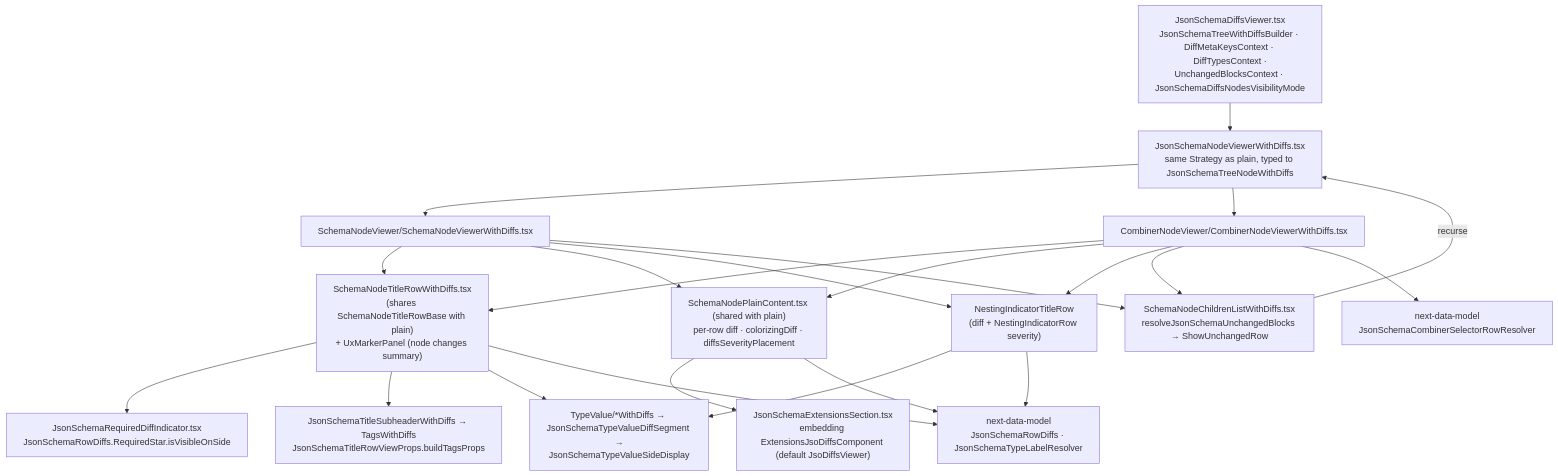
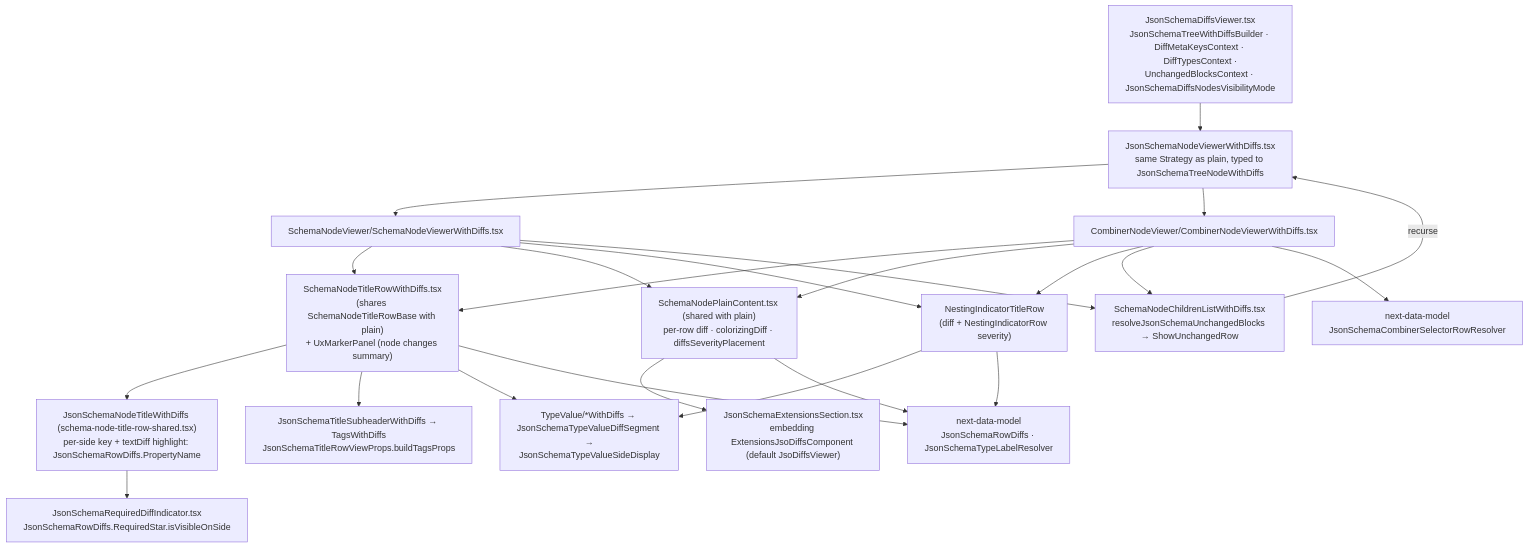
One commit to Netcracker/qubership-apihub-api-doc-viewer changed the diagram in docs/design/json-schema/architecture/viewer-with-diffs.md. Above: the diagram before and after it, drawn with Mermaid. The commit also changed 12 other files, not shown here.

Commit message:
docs(diff rename): Documenting `diff rename` for JSON Schema properties

````diff
--- a/docs/design/json-schema/architecture/viewer-with-diffs.md
+++ b/docs/design/json-schema/architecture/viewer-with-diffs.md
@@ -6,39 +6,41 @@
 ```mermaid
 flowchart TB
   RootD["JsonSchemaDiffsViewer.tsx<br/>JsonSchemaTreeWithDiffsBuilder · DiffMetaKeysContext · DiffTypesContext ·<br/>UnchangedBlocksContext · JsonSchemaDiffsNodesVisibilityMode"]
   DispatchD["JsonSchemaNodeViewerWithDiffs.tsx<br/>same Strategy as plain, typed to JsonSchemaTreeNodeWithDiffs"]
   SchemaNodeD["SchemaNodeViewer/SchemaNodeViewerWithDiffs.tsx"]
   CombinerNodeD["CombinerNodeViewer/CombinerNodeViewerWithDiffs.tsx"]
   TitleRowD["SchemaNodeTitleRowWithDiffs.tsx<br/>(shares SchemaNodeTitleRowBase with plain)<br/>+ UxMarkerPanel (node changes summary)"]
   Required["JsonSchemaRequiredDiffIndicator.tsx<br/>JsonSchemaRowDiffs.RequiredStar.isVisibleOnSide"]
+  NodeTitleD["JsonSchemaNodeTitleWithDiffs (schema-node-title-row-shared.tsx)<br/>per-side key + textDiff highlight: JsonSchemaRowDiffs.PropertyName"]
   Tags["JsonSchemaTitleSubheaderWithDiffs → TagsWithDiffs<br/>JsonSchemaTitleRowViewProps.buildTagsProps"]
   TypeValueD["TypeValue/*WithDiffs → JsonSchemaTypeValueDiffSegment →<br/>JsonSchemaTypeValueSideDisplay"]
   ContentD["SchemaNodePlainContent.tsx (shared with plain)<br/>per-row diff · colorizingDiff · diffsSeverityPlacement"]
   ChildrenList["SchemaNodeChildrenListWithDiffs.tsx<br/>resolveJsonSchemaUnchangedBlocks → ShowUnchangedRow"]
   NestingD["NestingIndicatorTitleRow<br/>(diff + NestingIndicatorRow severity)"]
   ExtensionsD["JsonSchemaExtensionsSection.tsx<br/>embedding ExtensionsJsoDiffsComponent (default JsoDiffsViewer)"]
   CombinerResolver["next-data-model<br/>JsonSchemaCombinerSelectorRowResolver"]
   RowDiffs["next-data-model<br/>JsonSchemaRowDiffs · JsonSchemaTypeLabelResolver"]
 
   RootD --> DispatchD
   DispatchD --> SchemaNodeD
   DispatchD --> CombinerNodeD
   SchemaNodeD --> TitleRowD
   SchemaNodeD --> ContentD
   SchemaNodeD --> NestingD
   SchemaNodeD --> ChildrenList
   CombinerNodeD --> TitleRowD
   CombinerNodeD --> ContentD
   CombinerNodeD --> NestingD
   CombinerNodeD --> ChildrenList
   CombinerNodeD --> CombinerResolver
   ChildrenList -->|recurse| DispatchD
-  TitleRowD --> Required
+  TitleRowD --> NodeTitleD
+  NodeTitleD --> Required
   TitleRowD --> Tags
   TitleRowD --> TypeValueD
   NestingD --> TypeValueD
   ContentD --> ExtensionsD
   ContentD --> RowDiffs
   TitleRowD --> RowDiffs
   NestingD --> RowDiffs
 ```
````
